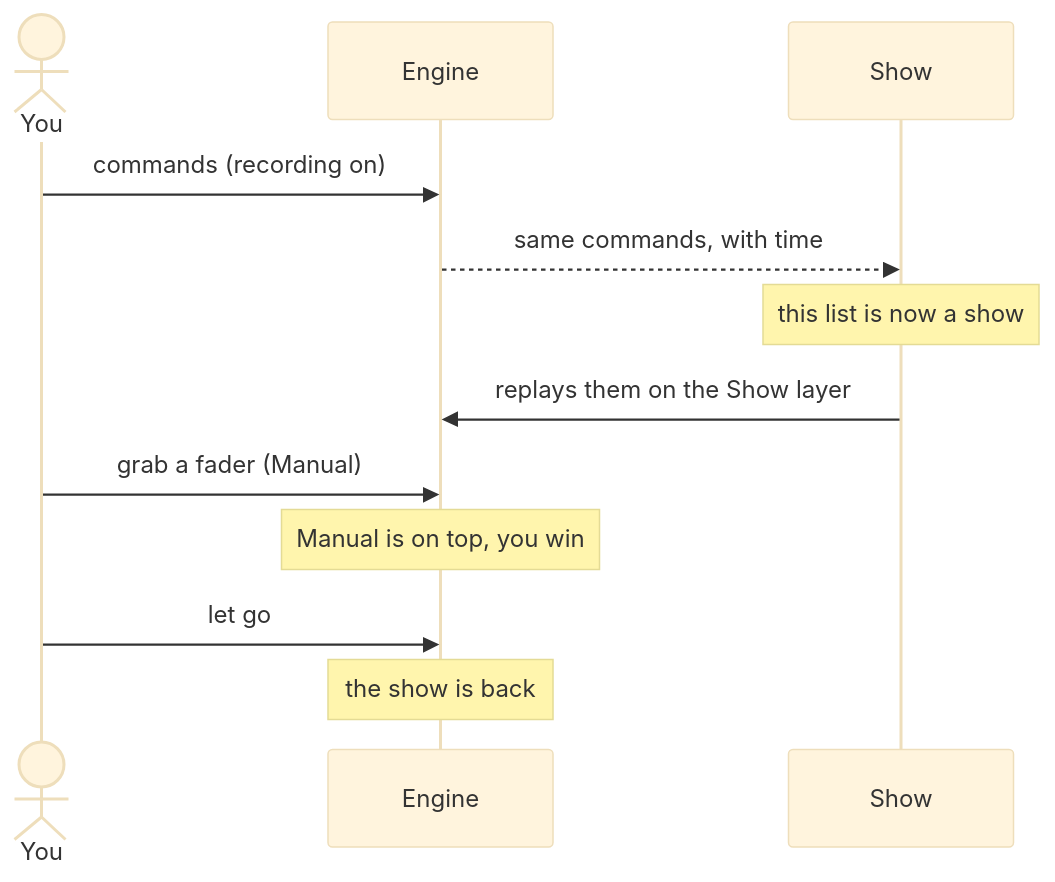
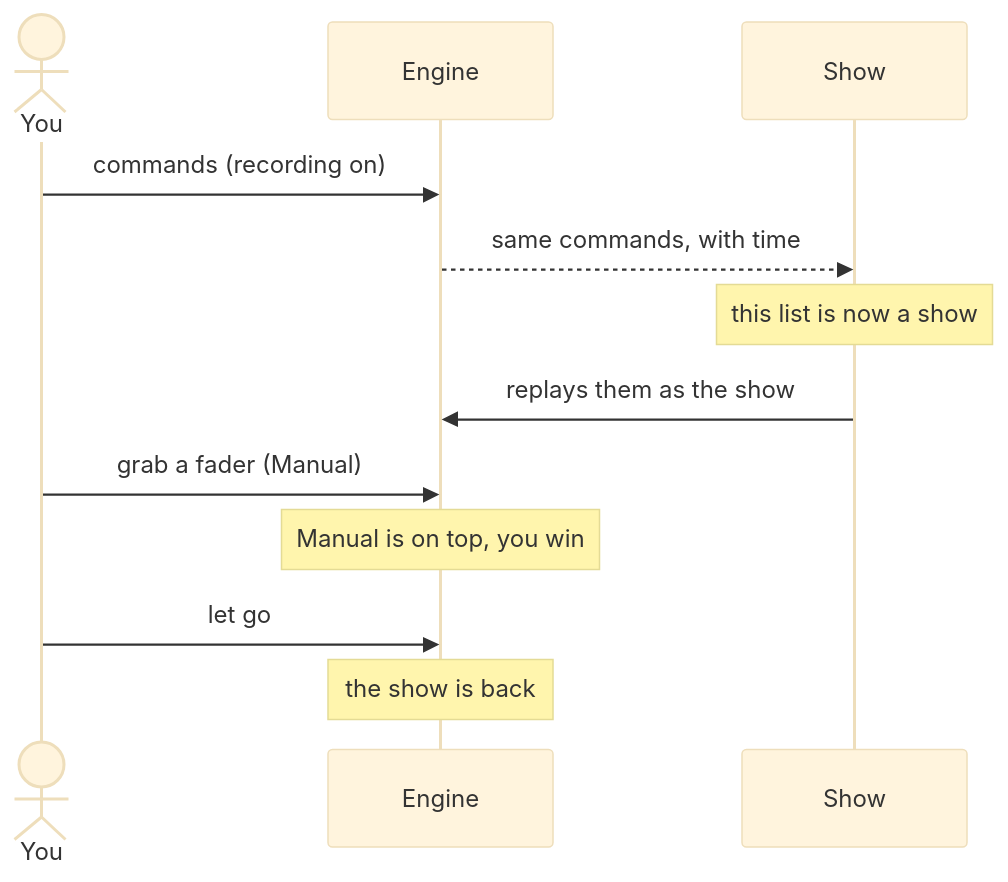
Before and after one commit to abossard/bossylights: diagram 11 of 13 in docs/design/theory.md, drawn with Mermaid (base theme). The commit also changed other lines of this file and 6 other files, not shown here.

````diff
--- a/docs/design/theory.md
+++ b/docs/design/theory.md
@@ -201,14 +199,14 @@
 ```mermaid
 sequenceDiagram
   actor You
   participant Engine
   participant Show
   You->>Engine: commands (recording on)
   Engine-->>Show: same commands, with time
   Note over Show: this list is now a show
-  Show->>Engine: replays them on the Show layer
+  Show->>Engine: replays them as the show
   You->>Engine: grab a fader (Manual)
   Note over Engine: Manual is on top, you win
   You->>Engine: let go
   Note over Engine: the show is back
 ```
````
